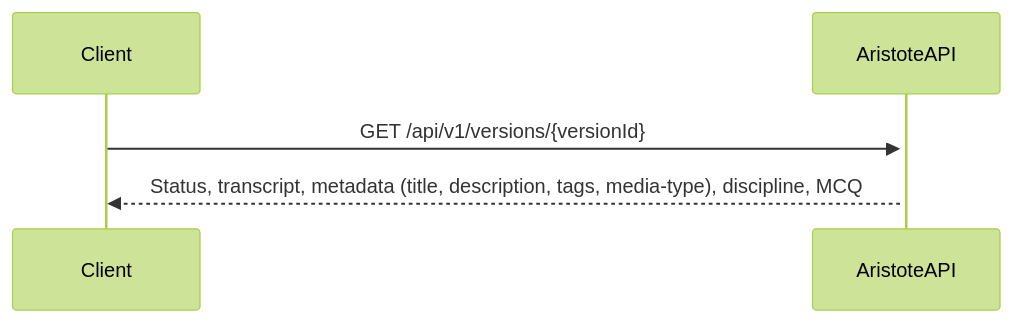
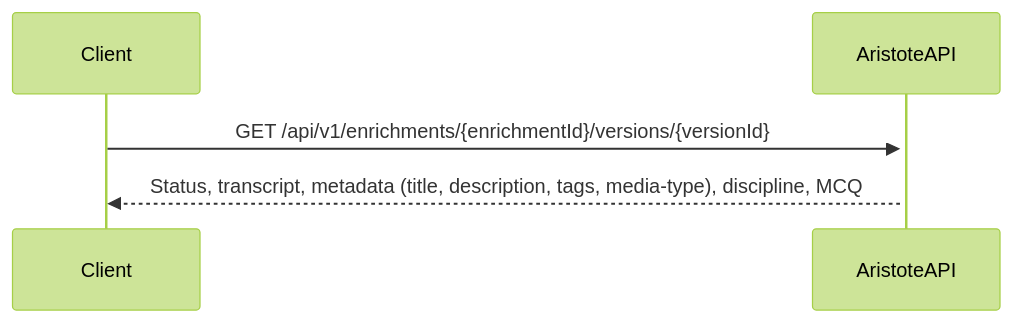
The eighth of 15 diagrams in docs/AristoteAPI_Client_guide.md (CentraleSupelec/aristote-api), drawn with Mermaid (forest theme) before and after one commit. The commit also changed other lines of this file, not shown here.

Commit message:
Update AristoteAPI_Client_guide to add Evaluations

````diff
--- a/docs/AristoteAPI_Client_guide.md
+++ b/docs/AristoteAPI_Client_guide.md
@@ -91,7 +119,7 @@
 ```mermaid
 sequenceDiagram
    participant Client
    participant AristoteAPI
-   Client->>+AristoteAPI: GET /api/v1/versions/{versionId}
+   Client->>+AristoteAPI: GET /api/v1/enrichments/{enrichmentId}/versions/{versionId}
    AristoteAPI-->>Client: Status, transcript, metadata (title, description, tags, media-type), discipline, MCQ
 ```
````
